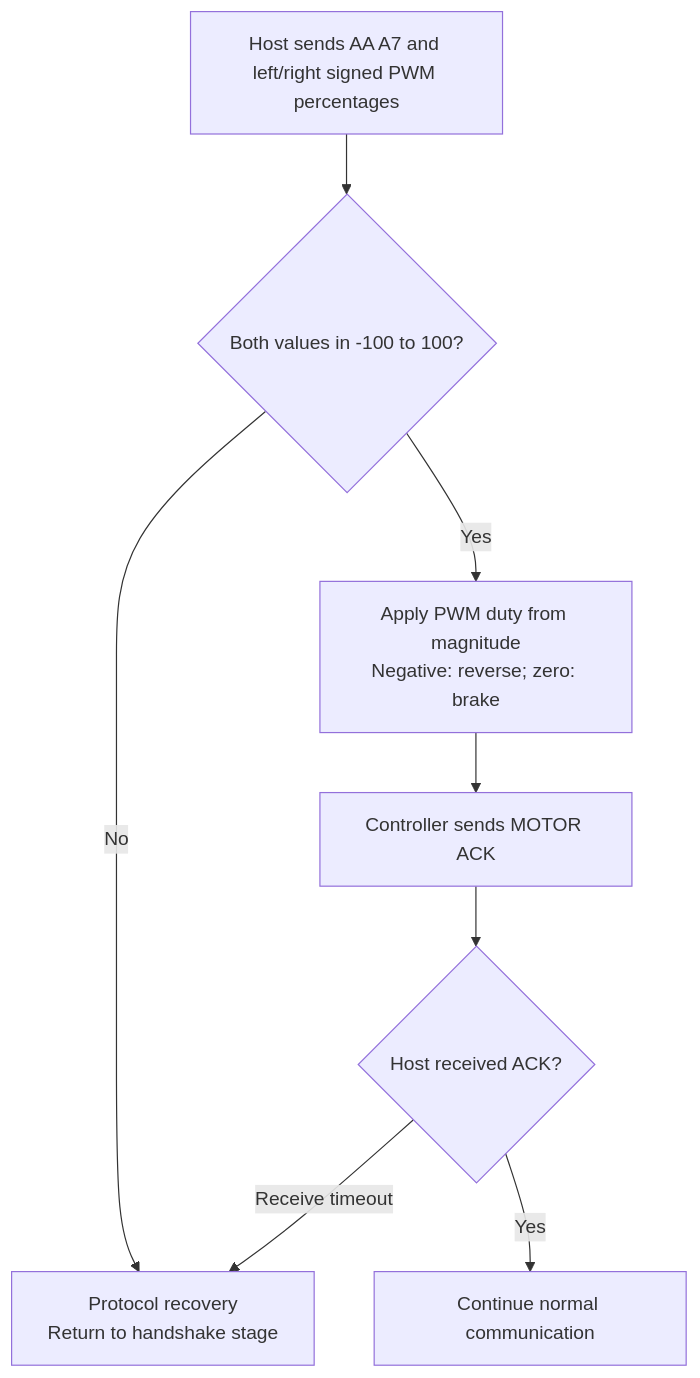
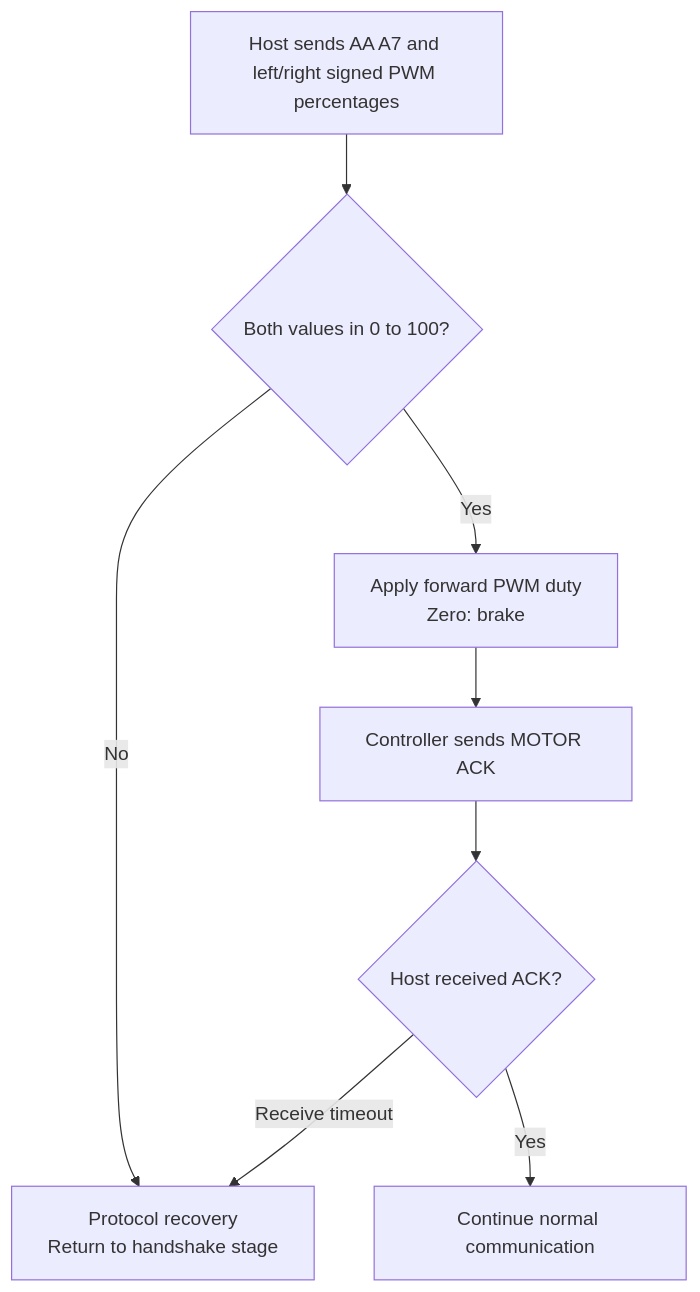
Before and after one commit to kei185/sensor-echo: the second of 6 diagrams in docs/protocol.md, drawn with Mermaid. The commit also changed 6 other files, not shown here.

````diff
--- a/docs/protocol.md
+++ b/docs/protocol.md
@@ -119,10 +119,10 @@
 ```mermaid
 flowchart TD
-    command["Host sends AA A7 and left/right signed PWM percentages"] --> validate{"Both values in -100 to 100?"}
+    command["Host sends AA A7 and left/right signed PWM percentages"] --> validate{"Both values in 0 to 100?"}
     validate -- No --> recover["Protocol recovery<br/>Return to handshake stage"]
-    validate -- Yes --> accept["Apply PWM duty from magnitude<br/>Negative: reverse; zero: brake"]
+    validate -- Yes --> accept["Apply forward PWM duty<br/>Zero: brake"]
     accept --> ack["Controller sends MOTOR ACK"]
     ack --> host{"Host received ACK?"}
     host -- Yes --> active["Continue normal communication"]
     host -- Receive timeout --> recover
 ```
````
